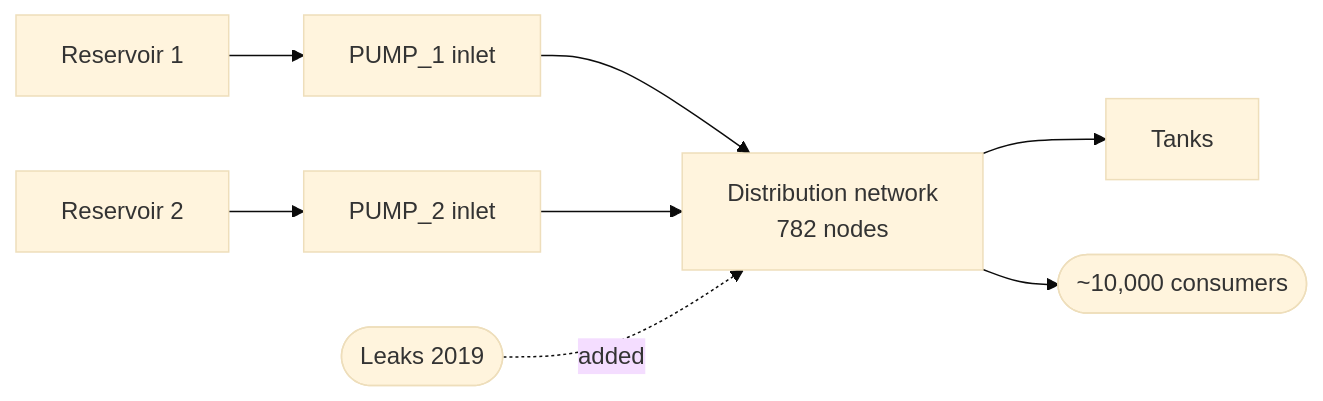
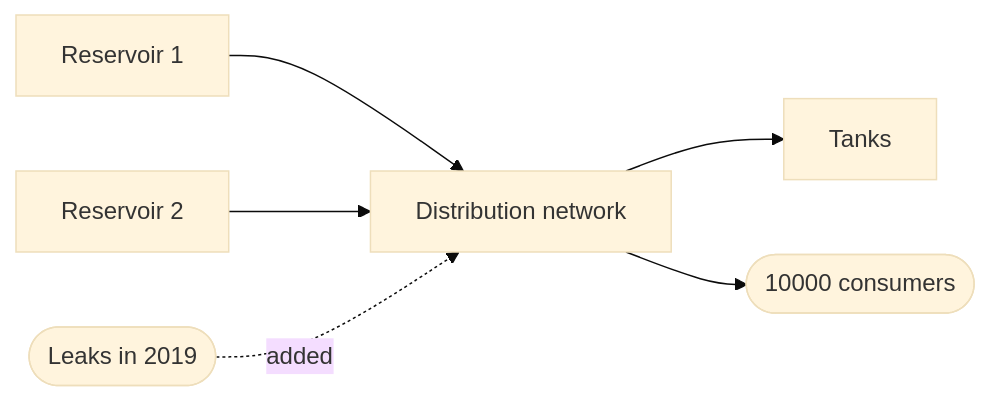
Before and after one commit to DHI/timeseries-forecasting-benchmark: the diagram in docs/cases/wd_battledim.md, drawn with Mermaid (base theme). The commit also changed other lines of this file and 4 other files, not shown here.

````diff
--- a/docs/cases/wd_battledim.md
+++ b/docs/cases/wd_battledim.md
@@ -11,10 +11,8 @@
 ```mermaid
 flowchart LR
-    R1[Reservoir 1] --> P1[PUMP_1 inlet]
-    R2[Reservoir 2] --> P2[PUMP_2 inlet]
-    P1 --> N[Distribution network<br/>782 nodes]
-    P2 --> N
+    R1[Reservoir 1] --> N[Distribution network]
+    R2[Reservoir 2] --> N
     N --> T[Tanks]
-    N --> C([~10,000 consumers])
-    L([Leaks 2019]) -.->|added| N
+    N --> C([10000 consumers])
+    L([Leaks in 2019]) -.->|added| N
 ```
````
